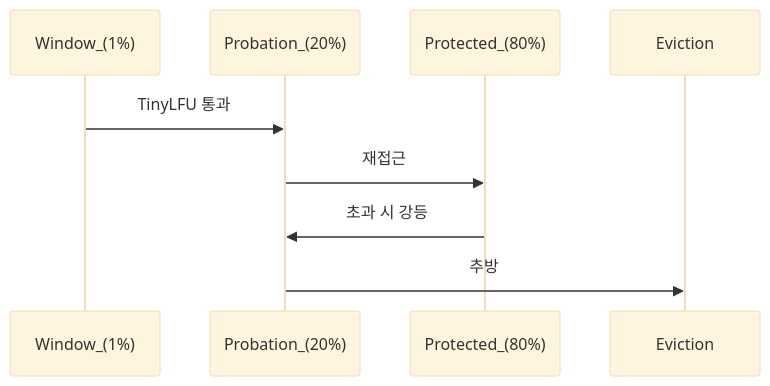
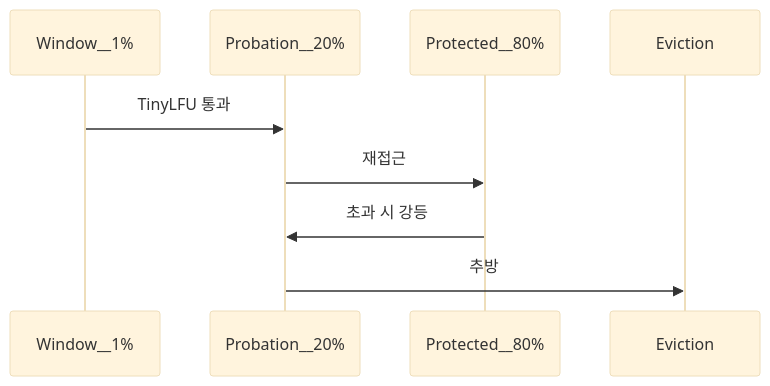
Before and after one commit to yjkim2015/yjkim2015.github.io: the third of 4 diagrams in _posts/localcache/2026-05-01-cache-eviction-algorithms.md, drawn with Mermaid (base theme). The commit also changed 85 other files, not shown here.

First line of the commit message:
sequenceDiagram 문법 에러 2차 수정 169개 (86파일)

````diff
--- a/_posts/localcache/2026-05-01-cache-eviction-algorithms.md
+++ b/_posts/localcache/2026-05-01-cache-eviction-algorithms.md
@@ -409,7 +409,7 @@
 ```mermaid
 sequenceDiagram
-    Window_(1%)->>Probation_(20%): TinyLFU 통과
-    Probation_(20%)->>Protected_(80%): 재접근
-    Protected_(80%)->>Probation_(20%): 초과 시 강등
-    Probation_(20%)->>Eviction: 추방
+    Window__1%->>Probation__20%: TinyLFU 통과
+    Probation__20%->>Protected__80%: 재접근
+    Protected__80%->>Probation__20%: 초과 시 강등
+    Probation__20%->>Eviction: 추방
 ```
````
